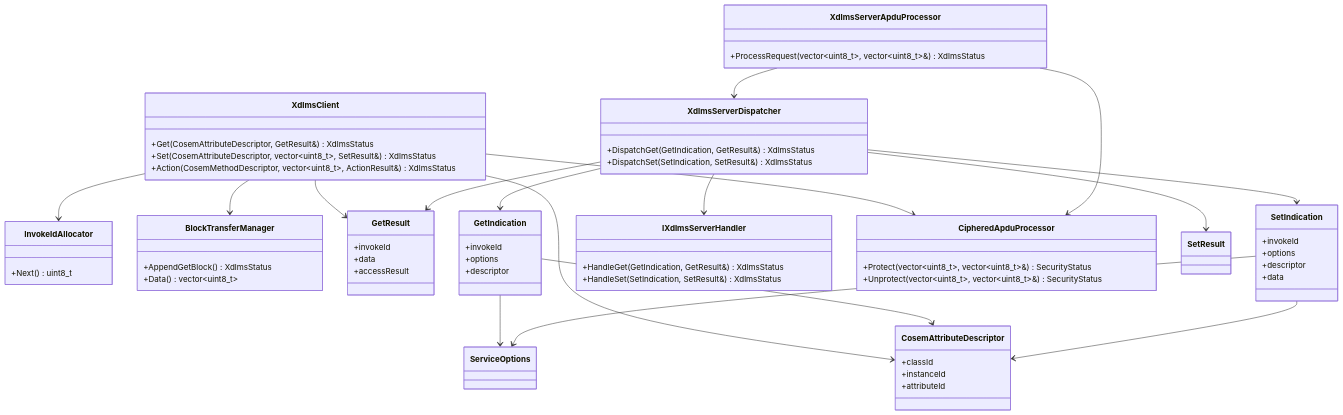
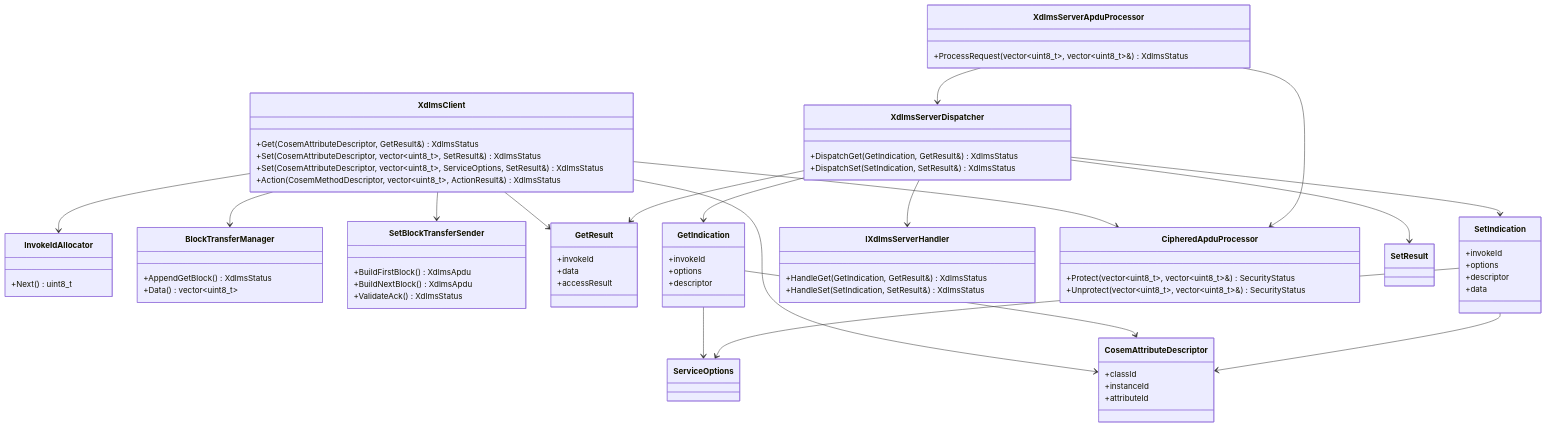
Before and after one commit to gvtret/dlms-xdlms: the diagram in docs/01_xdlms_api.md, drawn with Mermaid. The commit also changed other lines of this file and 5 other files, not shown here.

First line of the commit message:
docs(xdlms): define set block transfer

```diff
--- a/docs/01_xdlms_api.md
+++ b/docs/01_xdlms_api.md
@@ -226,6 +244,7 @@
   class XdlmsClient {
     +Get(CosemAttributeDescriptor, GetResult&) XdlmsStatus
     +Set(CosemAttributeDescriptor, vector~uint8_t~, SetResult&) XdlmsStatus
+    +Set(CosemAttributeDescriptor, vector~uint8_t~, ServiceOptions, SetResult&) XdlmsStatus
     +Action(CosemMethodDescriptor, vector~uint8_t~, ActionResult&) XdlmsStatus
   }
 
@@ -236,6 +255,12 @@
   class BlockTransferManager {
     +AppendGetBlock() XdlmsStatus
     +Data() vector~uint8_t~
+  }
+
+  class SetBlockTransferSender {
+    +BuildFirstBlock() XdlmsApdu
+    +BuildNextBlock() XdlmsApdu
+    +ValidateAck() XdlmsStatus
   }
 
   class CosemAttributeDescriptor {
@@ -284,6 +309,7 @@
 
   XdlmsClient --> InvokeIdAllocator
   XdlmsClient --> BlockTransferManager
+  XdlmsClient --> SetBlockTransferSender
   XdlmsClient --> CosemAttributeDescriptor
   XdlmsClient --> GetResult
   GetIndication --> ServiceOptions
```
